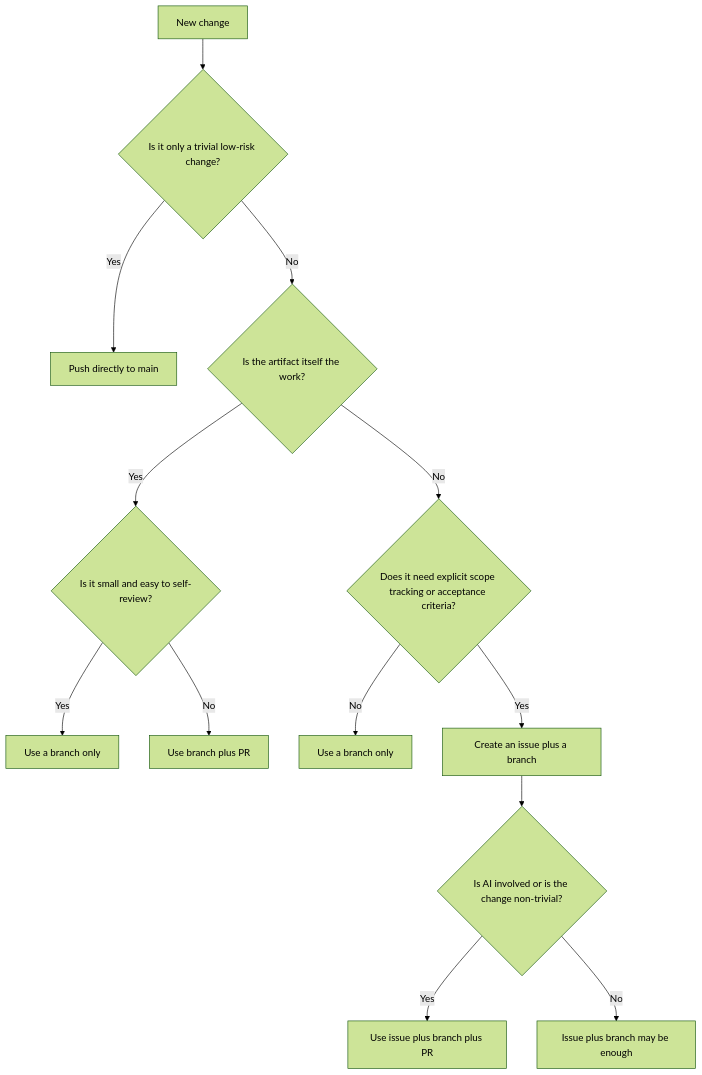
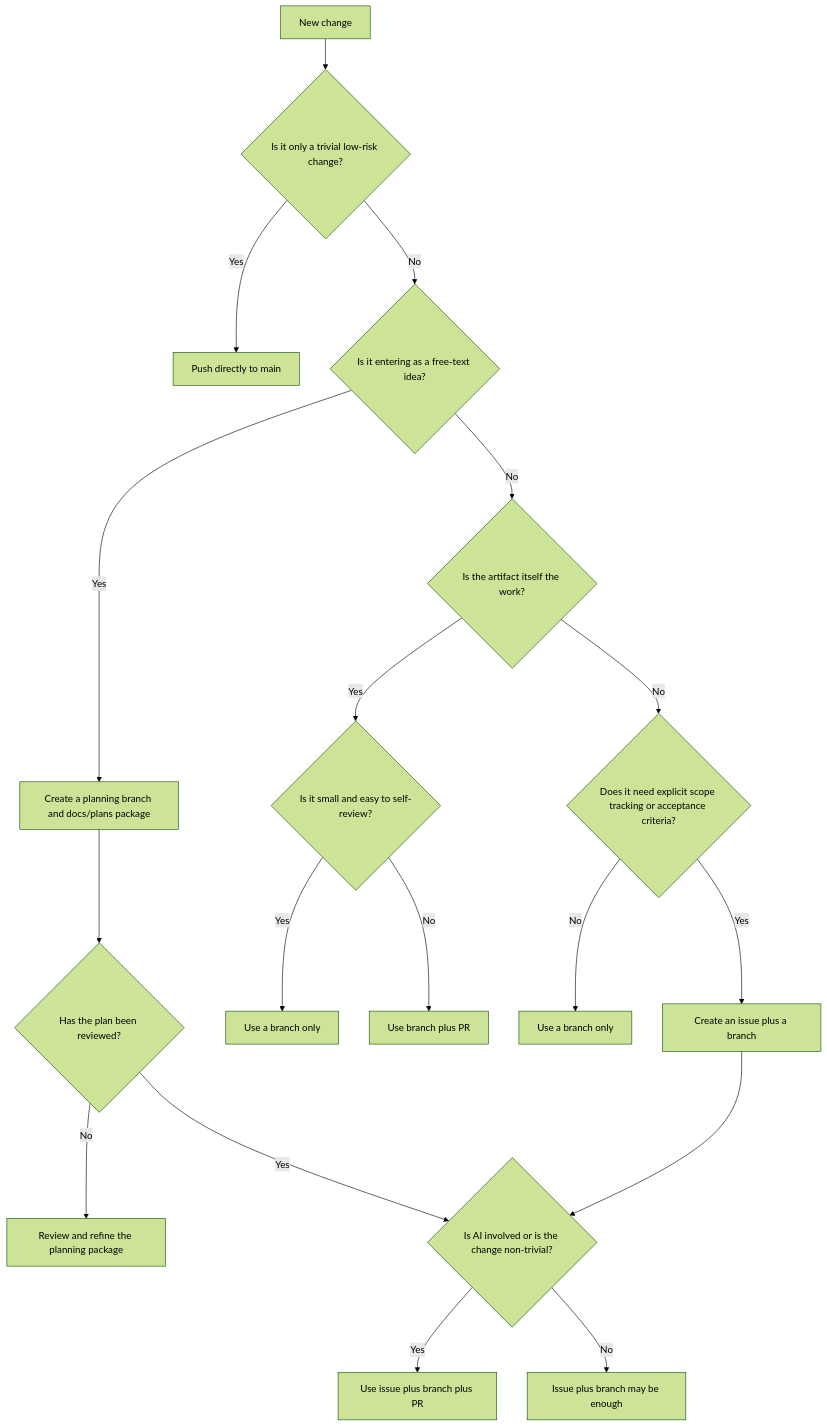
One commit to HenryCFnord/arqix changed the diagram in CONTRIBUTING.md. Above: the diagram before and after it, drawn with Mermaid (forest theme). The commit also changed other lines of this file and 26 other files, not shown here.

Commit message:
chore: replace handoff-first OpenClaw flow

````diff
--- a/CONTRIBUTING.md
+++ b/CONTRIBUTING.md
@@ -156,15 +166,20 @@
 ```mermaid
 flowchart TD
     A[New change] --> B{Is it only a trivial low-risk change?}
     B -->|Yes| C[Push directly to main]
-    B -->|No| D{Is the artifact itself the work?}
-    D -->|Yes| E{Is it small and easy to self-review?}
-    E -->|Yes| F[Use a branch only]
-    E -->|No| G[Use branch plus PR]
-    D -->|No| H{Does it need explicit scope tracking or acceptance criteria?}
-    H -->|No| I[Use a branch only]
-    H -->|Yes| J[Create an issue plus a branch]
-    J --> K{Is AI involved or is the change non-trivial?}
-    K -->|Yes| L[Use issue plus branch plus PR]
-    K -->|No| M[Issue plus branch may be enough]
+    B -->|No| D{Is it entering as a free-text idea?}
+    D -->|Yes| E[Create a planning branch and docs/plans package]
+    D -->|No| F{Is the artifact itself the work?}
+    E --> G{Has the plan been reviewed?}
+    G -->|No| H[Review and refine the planning package]
+    G -->|Yes| I{Is AI involved or is the change non-trivial?}
+    F -->|Yes| J{Is it small and easy to self-review?}
+    J -->|Yes| K[Use a branch only]
+    J -->|No| L[Use branch plus PR]
+    F -->|No| M{Does it need explicit scope tracking or acceptance criteria?}
+    M -->|No| N[Use a branch only]
+    M -->|Yes| O[Create an issue plus a branch]
+    O --> I
+    I -->|Yes| P[Use issue plus branch plus PR]
+    I -->|No| Q[Issue plus branch may be enough]
 ```
````
